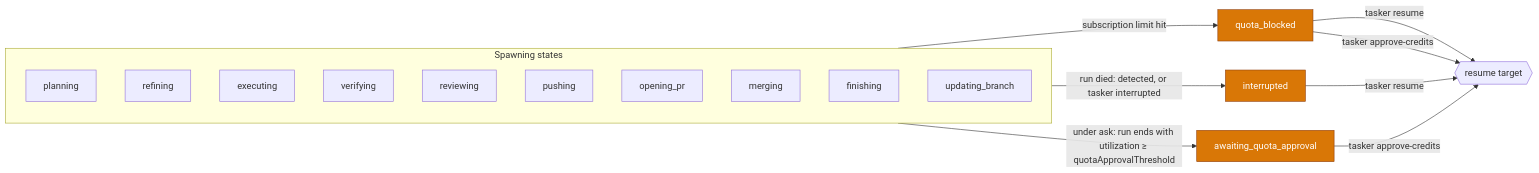
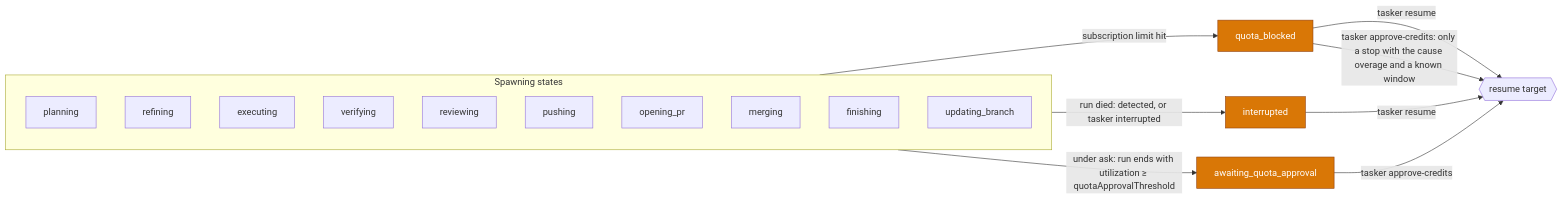
One commit to codeguru42/tasker changed the seventh of 9 diagrams in docs/statemachine.md. Above: the diagram before and after it, drawn with Mermaid. The commit also changed other lines of this file and 1 other file, not shown here.

Commit message:
docs: Match the pauses and the commands table of the state machine and overagePolicy to tasker approve-credits

````diff
--- a/docs/statemachine.md
+++ b/docs/statemachine.md
@@ -180,27 +180,27 @@
 ```mermaid
 flowchart LR
   subgraph Spawning["Spawning states"]
     PL[planning]
     RF[refining]
     E[executing]
     V[verifying]
     RV[reviewing]
     PG[pushing]
     OP[opening_pr]
     MG[merging]
     FN[finishing]
     UB[updating_branch]
   end
 
   Spawning -->|subscription limit hit| Q[quota_blocked]
   Spawning -->|under ask: run ends with utilization ≥ quotaApprovalThreshold| QA[awaiting_quota_approval]
   Spawning -->|run died: detected, or tasker interrupted| X[interrupted]
 
   Q -->|tasker resume| T{{resume target}}
-  Q -->|tasker approve-credits| T
+  Q -->|tasker approve-credits: only a stop with the cause overage and a known window| T
   X -->|tasker resume| T
   QA -->|tasker approve-credits| T
 
   classDef pause fill:#d97706,color:#fff,stroke:#92400e;
   class Q,QA,X pause;
 ```
````
